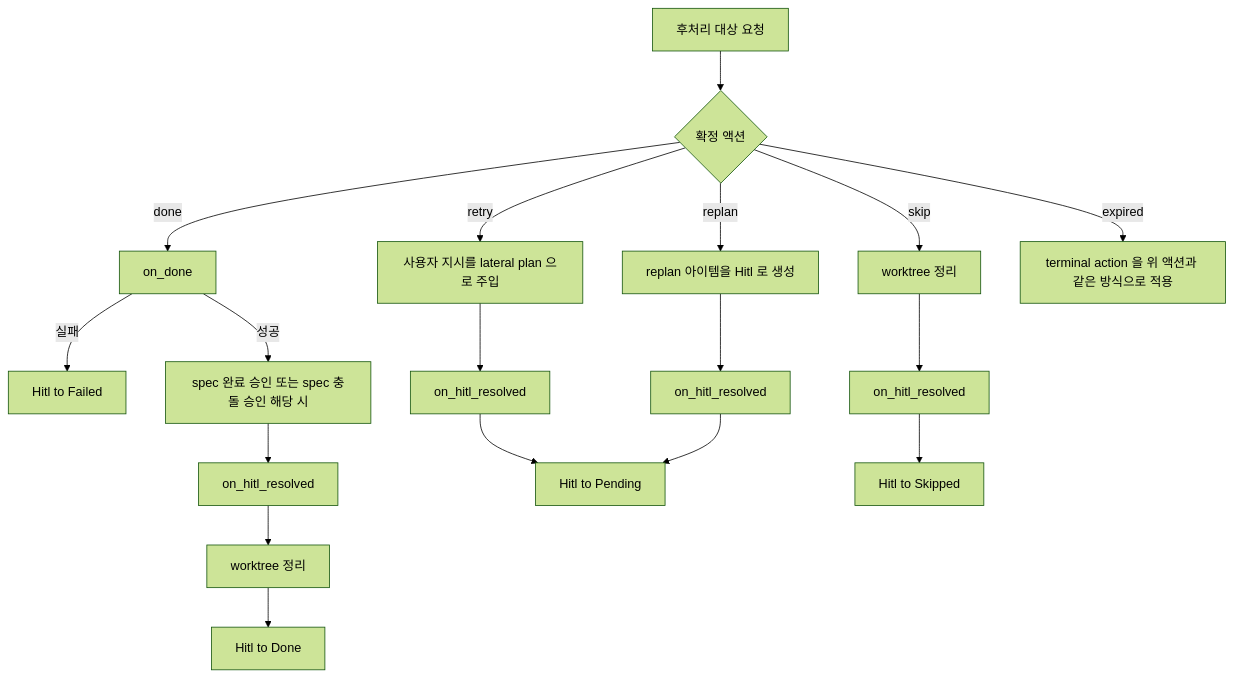
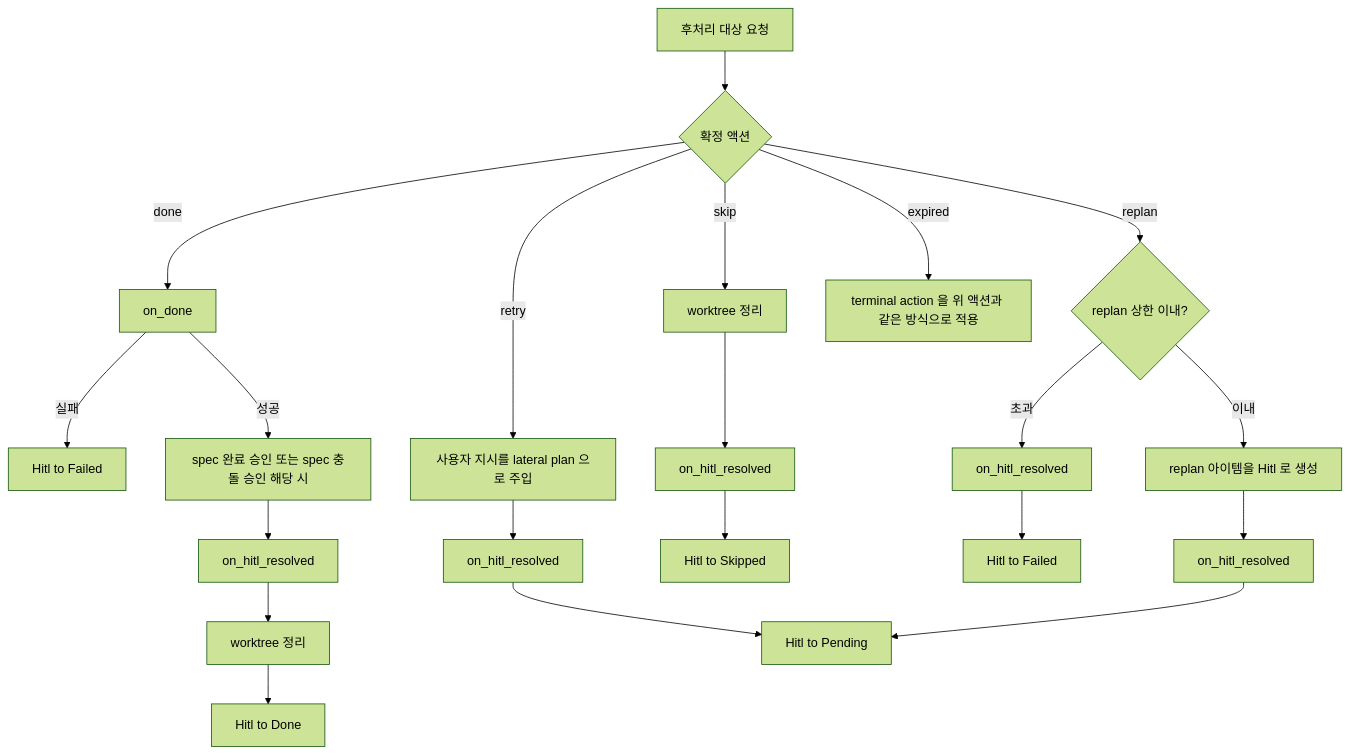
Before and after one commit to kys0213/belt: the fifth of 7 diagrams in spec/concerns/daemon.md, drawn with Mermaid (forest theme). The commit also changed 5 other files, not shown here.

Commit message:
docs(spec): address design/flows review and settle replan-over-cap outcome

````diff
--- a/spec/concerns/daemon.md
+++ b/spec/concerns/daemon.md
@@ -206,20 +206,23 @@
 ```mermaid
 flowchart TD
     P["후처리 대상 요청"] --> A{"확정 액션"}
     A -- "done" --> D1["on_done"]
     D1 -- "실패" --> FAIL["Hitl to Failed"]
     D1 -- "성공" --> D2["spec 완료 승인 또는 spec 충돌 승인 해당 시"]
     D2 --> D3["on_hitl_resolved"]
     D3 --> D4["worktree 정리"]
     D4 --> DONE["Hitl to Done"]
     A -- "retry" --> R1["사용자 지시를 lateral plan 으로 주입"]
     R1 --> R2["on_hitl_resolved"]
     R2 --> PEND["Hitl to Pending"]
     A -- "skip" --> S1["worktree 정리"]
     S1 --> S2["on_hitl_resolved"]
     S2 --> SKIP["Hitl to Skipped"]
-    A -- "replan" --> P1["replan 아이템을 Hitl 로 생성"]
+    A -- "replan" --> PC{"replan 상한 이내?"}
+    PC -- "초과" --> PF["on_hitl_resolved"]
+    PF --> PFAIL["Hitl to Failed"]
+    PC -- "이내" --> P1["replan 아이템을 Hitl 로 생성"]
     P1 --> P2["on_hitl_resolved"]
     P2 --> PEND
     A -- "expired" --> E1["terminal action 을 위 액션과 같은 방식으로 적용"]
 ```
````
